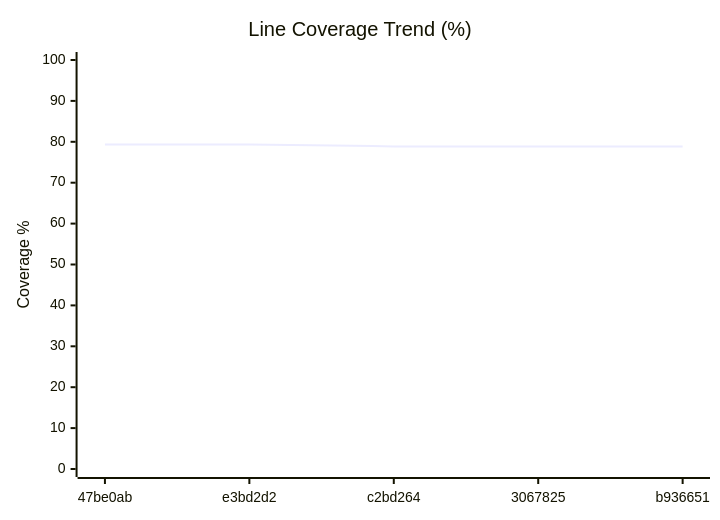
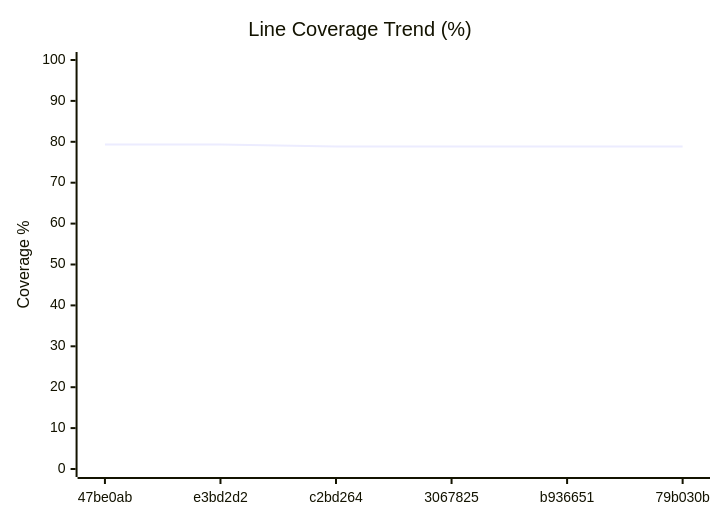
The diagram in COVERAGE.md (googlemaps/android-maps-testing), drawn with Mermaid before and after one commit. The commit also changed other lines of this file and 2 other files, not shown here.

Commit message:
chore: record unit coverage

````diff
--- a/COVERAGE.md
+++ b/COVERAGE.md
@@ -45,7 +45,7 @@
 ```mermaid
 xychart-beta
     title "Line Coverage Trend (%)"
-    x-axis ["47be0ab", "e3bd2d2", "c2bd264", "3067825", "b936651"]
+    x-axis ["47be0ab", "e3bd2d2", "c2bd264", "3067825", "b936651", "79b030b"]
     y-axis "Coverage %" 0 --> 100
-    line [79.34, 79.34, 78.88, 78.88, 78.88]
+    line [79.34, 79.34, 78.88, 78.88, 78.88, 78.88]
 ```
````
